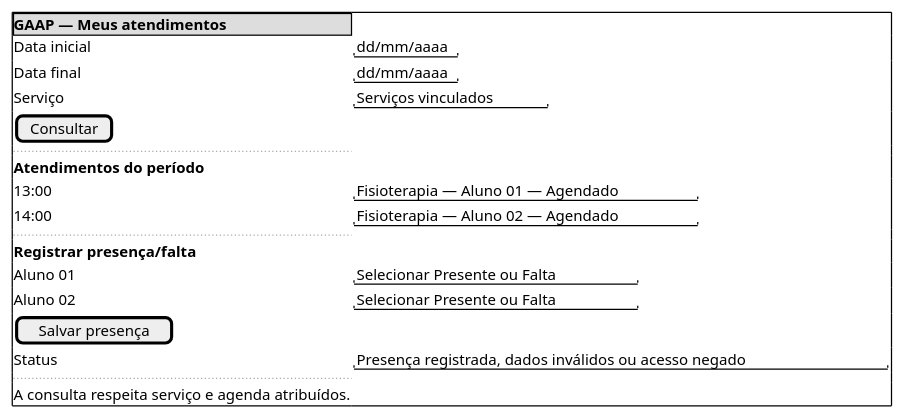
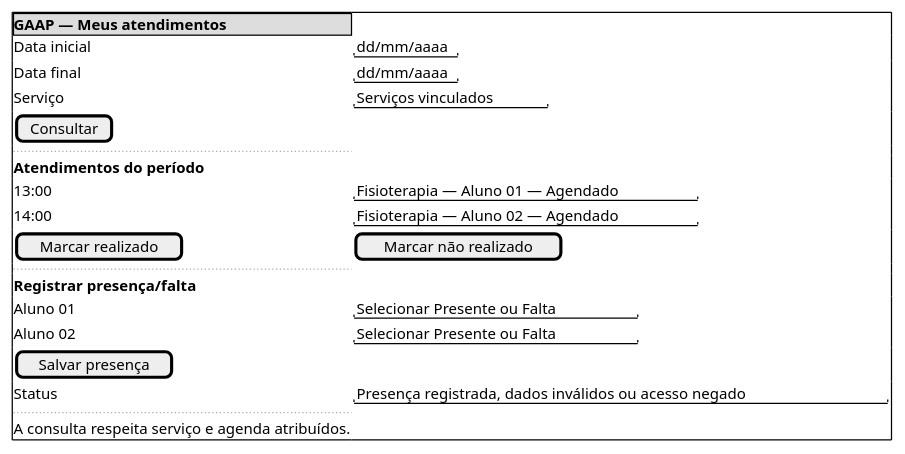
The sixth of 6 diagrams in docs/Iniciacao/prototipo_baixa_fidelidade.md (Projetos-de-Extensao/PECDII_26.2_8001_I), drawn with PlantUML before and after one commit. The commit also changed other lines of this file and 22 other files, not shown here.

````diff
--- a/docs/Iniciacao/prototipo_baixa_fidelidade.md
+++ b/docs/Iniciacao/prototipo_baixa_fidelidade.md
@@ -113,23 +138,24 @@
 ```plantuml
 @startsalt
 {+
   {* <b>GAAP — Meus atendimentos}
   Data inicial | "dd/mm/aaaa"
   Data final | "dd/mm/aaaa"
   Serviço | "Serviços vinculados"
   [Consultar]
   ..
   <b>Atendimentos do período
   13:00 | "Fisioterapia — Aluno 01 — Agendado"
   14:00 | "Fisioterapia — Aluno 02 — Agendado"
+  [Marcar realizado] | [Marcar não realizado]
   ..
   <b>Registrar presença/falta
   Aluno 01 | "Selecionar Presente ou Falta"
   Aluno 02 | "Selecionar Presente ou Falta"
   [Salvar presença]
   Status | "Presença registrada, dados inválidos ou acesso negado"
   ..
   A consulta respeita serviço e agenda atribuídos.
 }
 @endsalt
 ```
````
